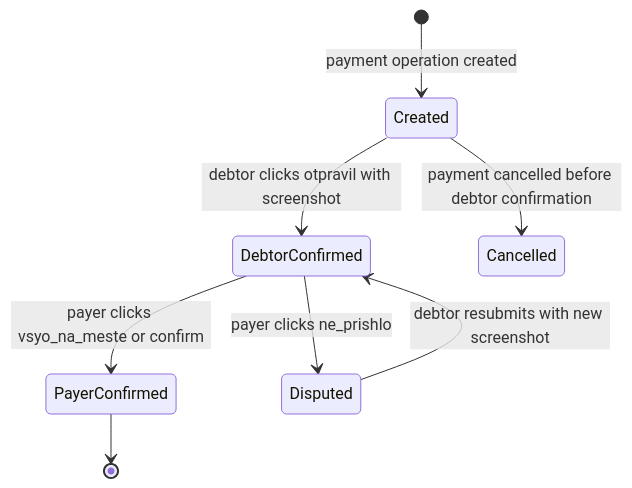
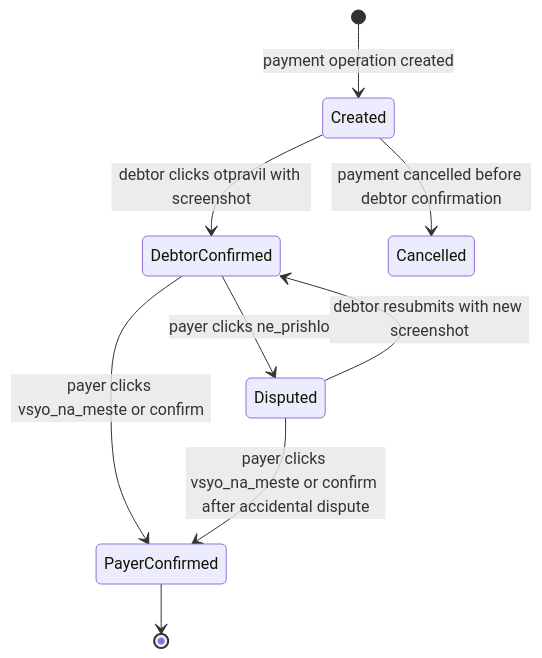
Before and after one commit to KUD2IP/Skinemsya: the diagram in docs/architecture/payment-flow.md, drawn with Mermaid. The commit also changed other lines of this file and 55 other files, not shown here.

````diff
--- a/docs/architecture/payment-flow.md
+++ b/docs/architecture/payment-flow.md
@@ -68,10 +68,11 @@
 ```mermaid
 stateDiagram-v2
   [*] --> Created: payment operation created
   Created --> DebtorConfirmed: debtor clicks otpravil with screenshot
   DebtorConfirmed --> PayerConfirmed: payer clicks vsyo_na_meste or confirm
   DebtorConfirmed --> Disputed: payer clicks ne_prishlo
   Disputed --> DebtorConfirmed: debtor resubmits with new screenshot
+  Disputed --> PayerConfirmed: payer clicks vsyo_na_meste or confirm after accidental dispute
   Created --> Cancelled: payment cancelled before debtor confirmation
   PayerConfirmed --> [*]
 ```
````
